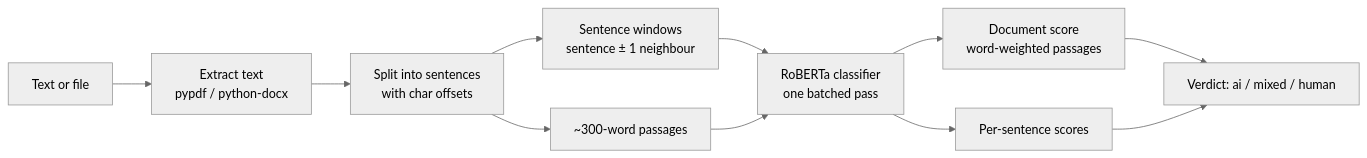
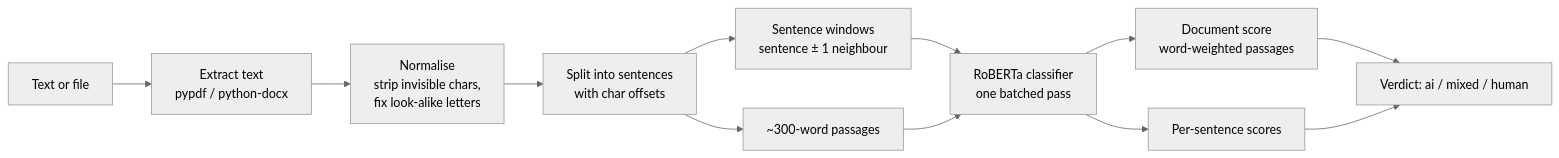
Before and after one commit to Zubair-Elliot-17/AI-CD: the diagram in README.md, drawn with Mermaid (neutral theme). The commit also changed other lines of this file and 42 other files, not shown here.

````diff
--- a/README.md
+++ b/README.md
@@ -51,11 +73,12 @@
 ```mermaid
 flowchart LR
     A[Text or file] --> B[Extract text<br/>pypdf / python-docx]
-    B --> C[Split into sentences<br/>with char offsets]
+    B --> N[Normalise<br/>strip invisible chars,<br/>fix look-alike letters]
+    N --> C[Split into sentences<br/>with char offsets]
     C --> D[Sentence windows<br/>sentence ± 1 neighbour]
     C --> E[~300-word passages]
     D & E --> F[RoBERTa classifier<br/>one batched pass]
     F --> G[Document score<br/>word-weighted passages]
     F --> H[Per-sentence scores]
     G & H --> I[Verdict: ai / mixed / human]
 ```
````
